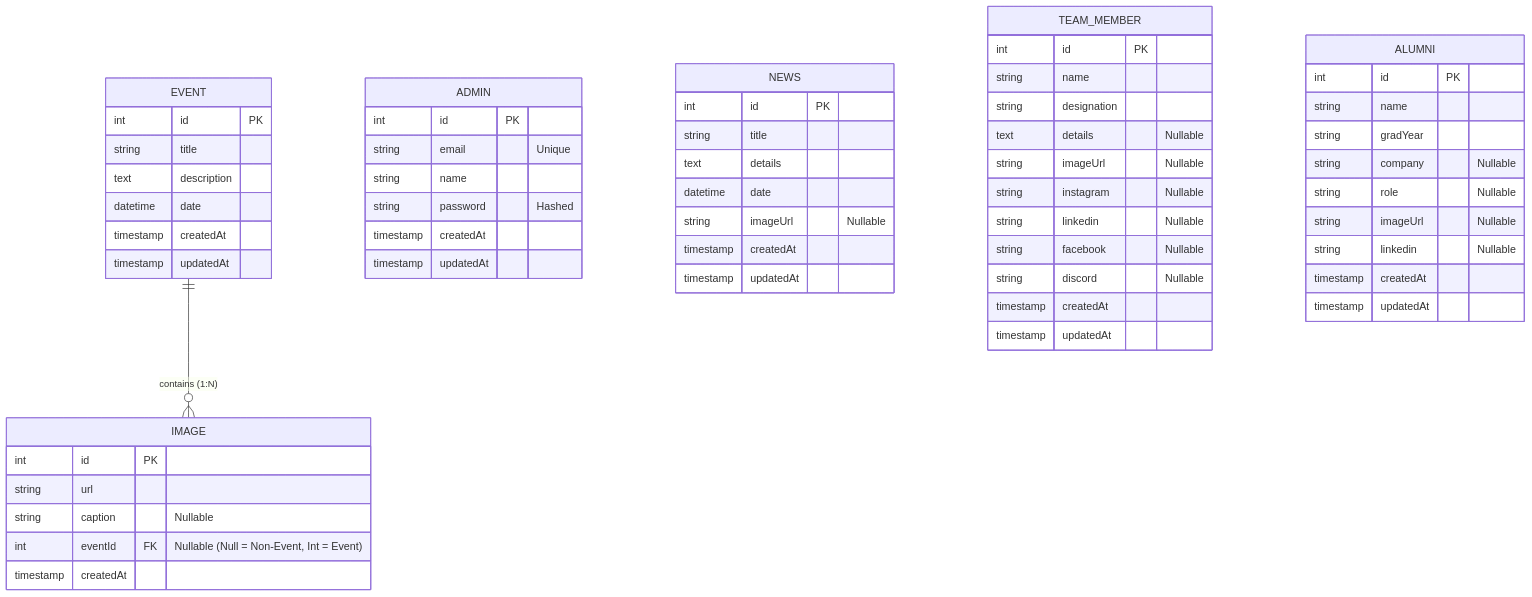
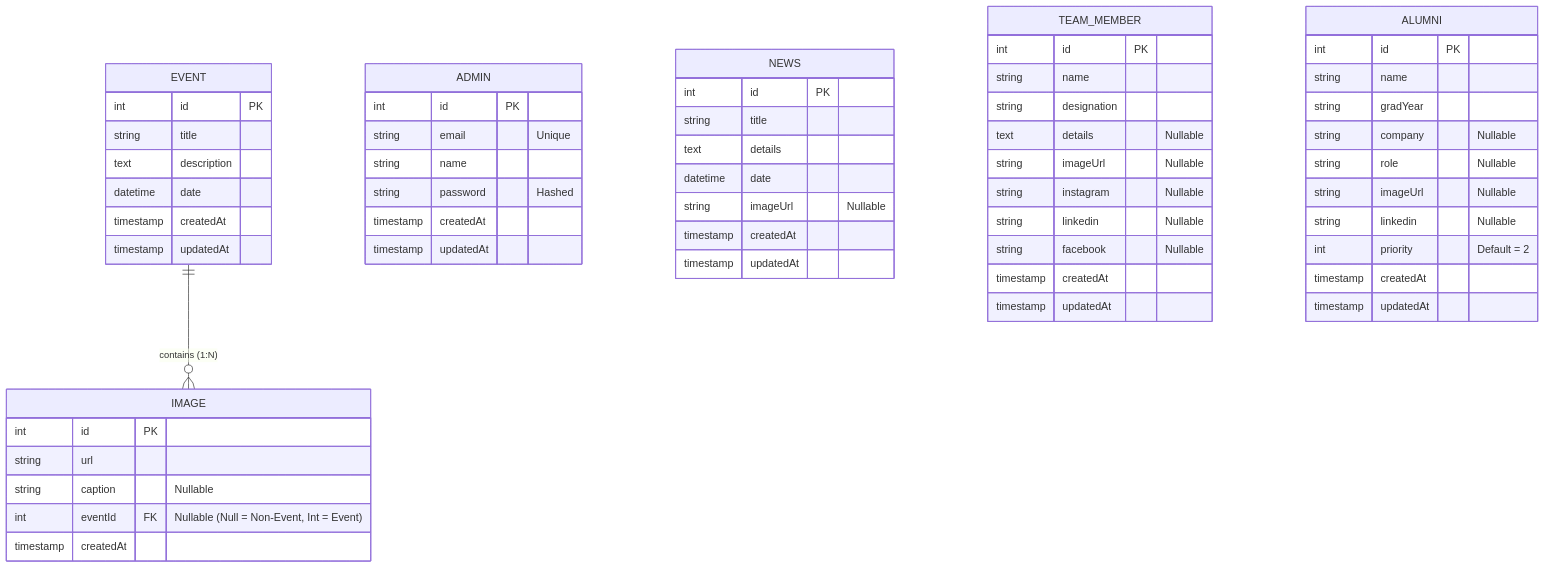
The diagram in README.md (Abubakkar-Khan/css_iiui), drawn with Mermaid before and after one commit. The commit also changed 1 other file, not shown here.

Commit message:
feat: initialize prisma schema and update documentation to adjust team member and alumni models

````diff
--- a/README.md
+++ b/README.md
@@ -11,66 +11,66 @@
 ```mermaid
 erDiagram
     EVENT ||--o{ IMAGE : "contains (1:N)"
     
     ADMIN {
         int id PK
         string email "Unique"
         string name
         string password "Hashed"
         timestamp createdAt
         timestamp updatedAt
     }
 
     EVENT {
         int id PK
         string title
         text description
         datetime date
         timestamp createdAt
         timestamp updatedAt
     }
 
     IMAGE {
         int id PK
         string url
         string caption "Nullable"
         int eventId FK "Nullable (Null = Non-Event, Int = Event)"
         timestamp createdAt
     }
 
     NEWS {
         int id PK
         string title
         text details
         datetime date
         string imageUrl "Nullable"
         timestamp createdAt
         timestamp updatedAt
     }
 
     TEAM_MEMBER {
         int id PK
         string name
         string designation
         text details "Nullable"
         string imageUrl "Nullable"
         string instagram "Nullable"
         string linkedin "Nullable"
         string facebook "Nullable"
-        string discord "Nullable"
         timestamp createdAt
         timestamp updatedAt
     }
 
     ALUMNI {
         int id PK
         string name
         string gradYear
         string company "Nullable"
         string role "Nullable"
         string imageUrl "Nullable"
         string linkedin "Nullable"
+        int priority "Default = 2"
         timestamp createdAt
         timestamp updatedAt
     }
 ```
````
